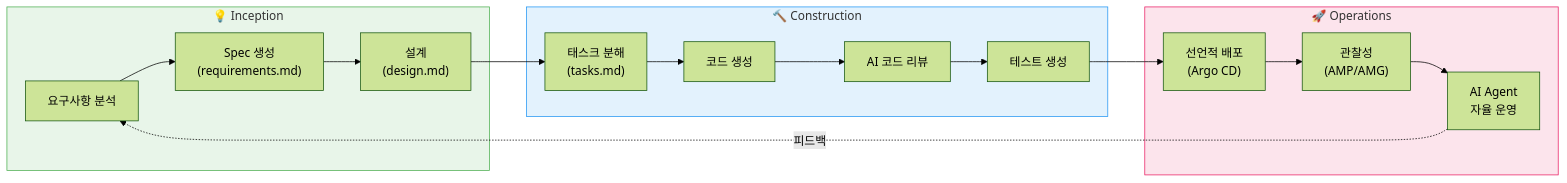
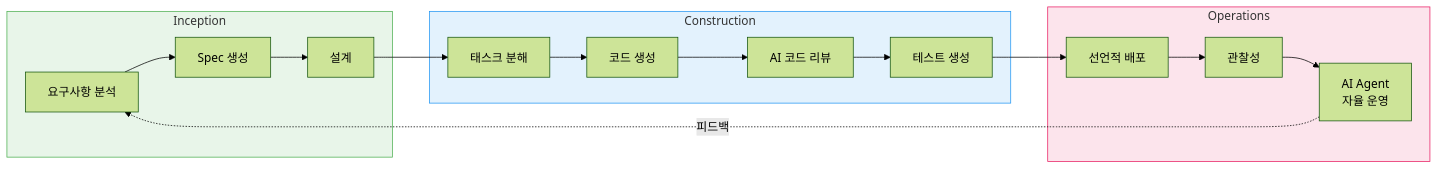
Before and after one commit to devfloor9/engineering-playbook: the first of 2 diagrams in docs/aiops-aidlc/aidlc-framework.md, drawn with Mermaid (forest theme). The commit also changed other lines of this file and 45 other files, not shown here.

````diff
--- a/docs/aiops-aidlc/aidlc-framework.md
+++ b/docs/aiops-aidlc/aidlc-framework.md
@@ -62,31 +139,31 @@
 ```mermaid
 graph LR
-    subgraph Inception["💡 Inception"]
+    subgraph Inception["Inception"]
         REQ["요구사항 분석"]
-        SPEC["Spec 생성\n(requirements.md)"]
-        DESIGN["설계\n(design.md)"]
+        SPEC["Spec 생성"]
+        DESIGN["설계"]
     end
 
-    subgraph Construction["🔨 Construction"]
-        TASKS["태스크 분해\n(tasks.md)"]
+    subgraph Construction["Construction"]
+        TASKS["태스크 분해"]
         CODE["코드 생성"]
         REVIEW["AI 코드 리뷰"]
         TEST["테스트 생성"]
     end
 
-    subgraph Operations["🚀 Operations"]
-        DEPLOY["선언적 배포\n(Argo CD)"]
-        OBSERVE["관찰성\n(AMP/AMG)"]
+    subgraph Operations["Operations"]
+        DEPLOY["선언적 배포"]
+        OBSERVE["관찰성"]
         AGENT["AI Agent\n자율 운영"]
     end
 
     REQ --> SPEC --> DESIGN --> TASKS
     TASKS --> CODE --> REVIEW --> TEST
     TEST --> DEPLOY --> OBSERVE --> AGENT
 
     AGENT -.->|피드백| REQ
 
     style Inception fill:#e8f5e9,stroke:#4caf50
     style Construction fill:#e3f2fd,stroke:#2196f3
     style Operations fill:#fce4ec,stroke:#e91e63
 ```
````
